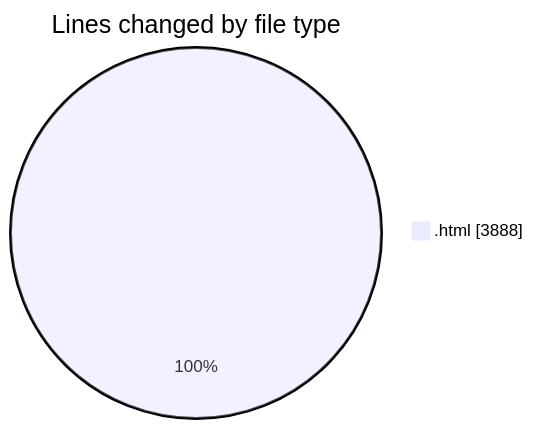
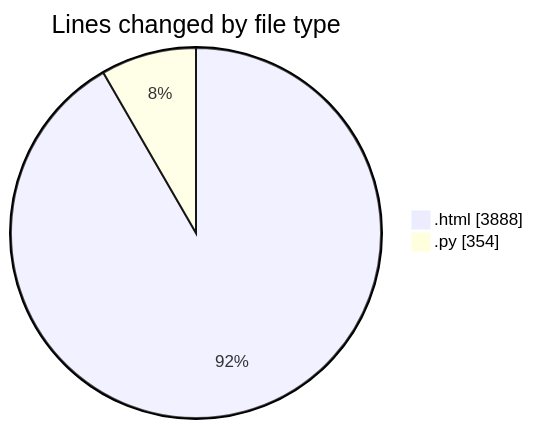
The first of 2 diagrams in 2026-01-25/testtrexima/README.md (MatusMokan/code-tracking), drawn with Mermaid before and after one commit. The commit also changed other lines of this file and 1 other file, not shown here.

````diff
--- a/2026-01-25/testtrexima/README.md
+++ b/2026-01-25/testtrexima/README.md
@@ -20,5 +22,6 @@
 ```mermaid
 pie showData
 title Lines changed by file type
 ".html" : 3888
+".py" : 354
 ```
````
